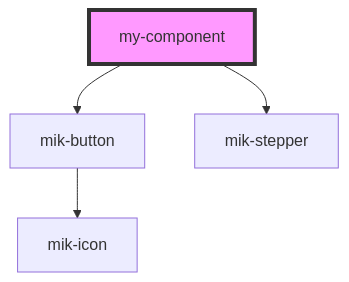
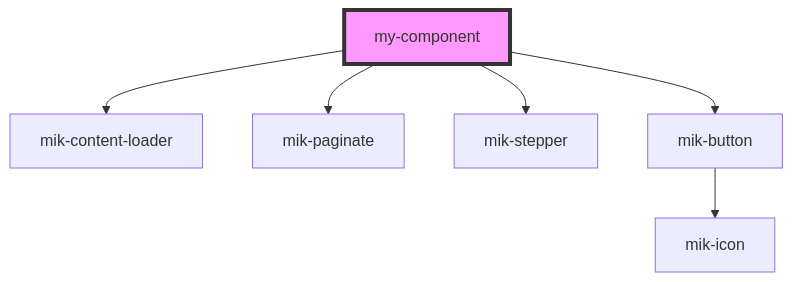
One commit to limbanmichael/mik-elements changed the diagram in src/components/my-component/readme.md. Above: the diagram before and after it, drawn with Mermaid. The commit also changed other lines of this file and 5 other files, not shown here.

````diff
--- a/src/components/my-component/readme.md
+++ b/src/components/my-component/readme.md
@@ -23,7 +18,9 @@
 ```mermaid
 graph TD;
+  my-component --> mik-content-loader
+  my-component --> mik-paginate
+  my-component --> mik-stepper
   my-component --> mik-button
-  my-component --> mik-stepper
   mik-button --> mik-icon
   style my-component fill:#f9f,stroke:#333,stroke-width:4px
 ```
````
